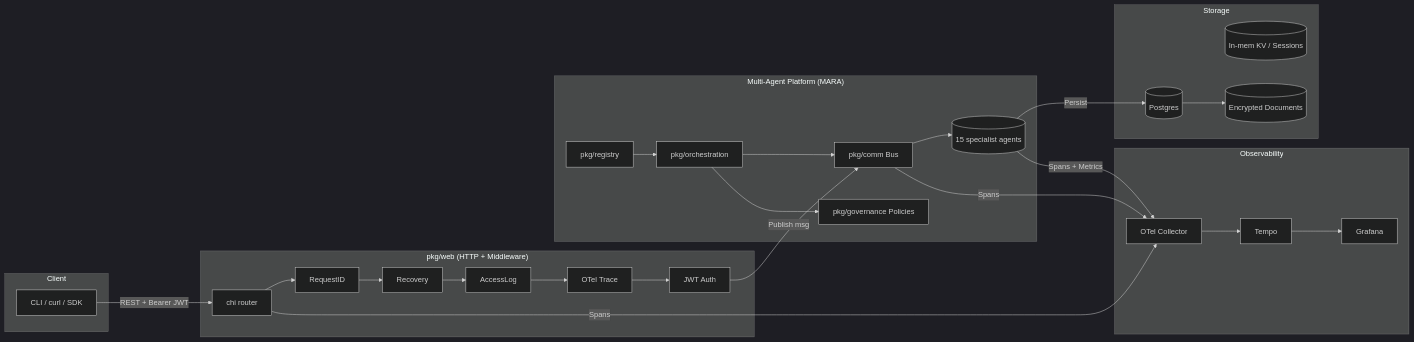
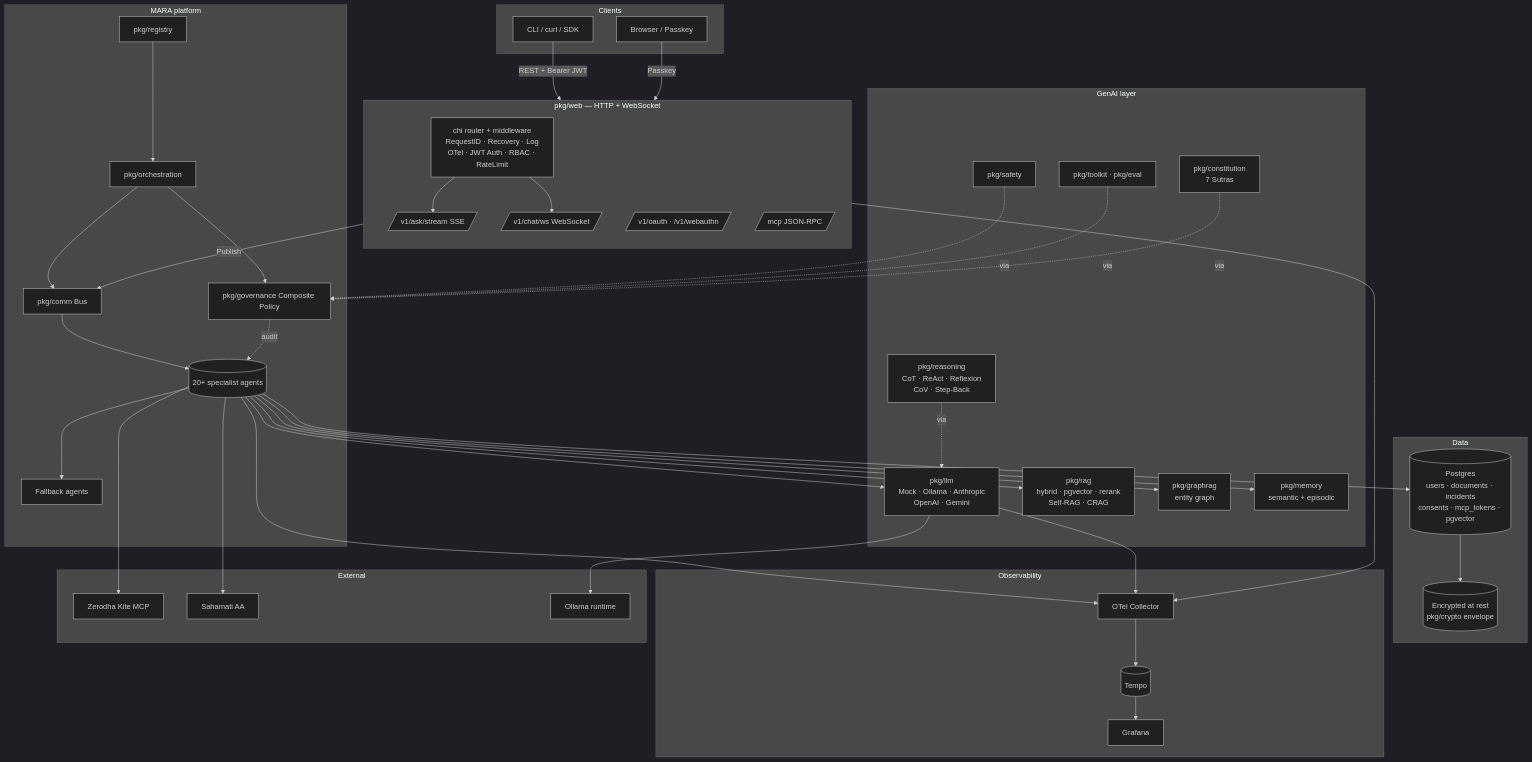
Before and after one commit to c2siorg/genie: the first of 21 diagrams in README.md, drawn with Mermaid (dark theme). The commit also changed other lines of this file and 21 other files, not shown here.

First line of the commit message:
Real LLM providers, vision OCR, pgvector, GraphRAG, OAuth flows, federated learning + detailed README

````diff
--- a/README.md
+++ b/README.md
@@ -54,49 +77,82 @@
 ```mermaid
-flowchart LR
-    subgraph Client
+flowchart TB
+    subgraph Clients
         UA[CLI / curl / SDK]
+        BR[Browser / Passkey]
     end
 
-    subgraph Edge["pkg/web (HTTP + Middleware)"]
-        H[chi router]
-        MW1[RequestID]
-        MW2[Recovery]
-        MW3[AccessLog]
-        MW4[OTel Trace]
-        MW5[JWT Auth]
-        H --> MW1 --> MW2 --> MW3 --> MW4 --> MW5
+    subgraph Edge["pkg/web — HTTP + WebSocket"]
+        direction TB
+        MW[chi router + middleware<br/>RequestID · Recovery · Log<br/>OTel · JWT Auth · RBAC · RateLimit]
+        SSE[/v1/ask/stream SSE/]
+        WS[/v1/chat/ws WebSocket/]
+        OAUTH[/v1/oauth · /v1/webauthn/]
+        MCPEP[/mcp JSON-RPC/]
     end
 
-    subgraph Domain["Multi-Agent Platform (MARA)"]
+    subgraph Platform["MARA platform"]
         ORCH[pkg/orchestration]
         BUS[pkg/comm Bus]
         REG[pkg/registry]
-        POL[pkg/governance Policies]
-        AGENTS[(15 specialist agents)]
+        POL[pkg/governance Composite Policy]
+        AGENTS[(20+ specialist agents)]
+        FB[Fallback agents]
         ORCH --> BUS
         ORCH --> POL
         REG --> ORCH
         BUS --> AGENTS
+        AGENTS --> FB
     end
 
-    subgraph Storage
-        PG[(Postgres)]
-        KV[(In-mem KV / Sessions)]
-        DOCS[(Encrypted Documents)]
+    subgraph AI["GenAI layer"]
+        LLM[pkg/llm<br/>Mock · Ollama · Anthropic<br/>OpenAI · Gemini]
+        RAG[pkg/rag<br/>hybrid · pgvector · rerank<br/>Self-RAG · CRAG]
+        GRAG[pkg/graphrag<br/>entity graph]
+        REAS[pkg/reasoning<br/>CoT · ReAct · Reflexion<br/>CoV · Step-Back]
+        MEM[pkg/memory<br/>semantic + episodic]
+        CONST[pkg/constitution<br/>7 Sutras]
+        TOOL[pkg/toolkit · pkg/eval]
+        SAFE[pkg/safety]
+    end
+
+    subgraph Data
+        PG[(Postgres<br/>users · documents · incidents<br/>consents · mcp_tokens · pgvector)]
+        VAULT[(Encrypted at rest<br/>pkg/crypto envelope)]
     end
 
     subgraph Observability
         OTLP[OTel Collector]
-        TEMPO[Tempo]
+        TEMPO[(Tempo)]
         GRAF[Grafana]
         OTLP --> TEMPO --> GRAF
     end
 
-    UA -->|REST + Bearer JWT| H
-    MW5 --> |Publish msg| BUS
-    AGENTS --> |Persist| PG
-    PG --> DOCS
-    AGENTS --> |Spans + Metrics| OTLP
-    H --> |Spans| OTLP
-    BUS --> |Spans| OTLP
+    subgraph External
+        KITE[Zerodha Kite MCP]
+        AA[Sahamati AA]
+        OLLAMA[Ollama runtime]
+    end
+
+    UA -->|REST + Bearer JWT| MW
+    BR -->|Passkey| OAUTH
+    MW --> SSE
+    MW --> WS
+    MW -->|Publish| BUS
+    AGENTS --> LLM
+    AGENTS --> RAG
+    AGENTS --> GRAG
+    AGENTS --> MEM
+    LLM --> OLLAMA
+    AGENTS --> KITE
+    AGENTS --> AA
+    AGENTS --> PG
+    PG --> VAULT
+    AGENTS --> OTLP
+    MW --> OTLP
+    LLM --> OTLP
+    POL -.audit.-> AGENTS
+    REAS -.via.-> LLM
+    SAFE -.via.-> POL
+    TOOL -.via.-> POL
+    CONST -.via.-> POL
 ```
````
